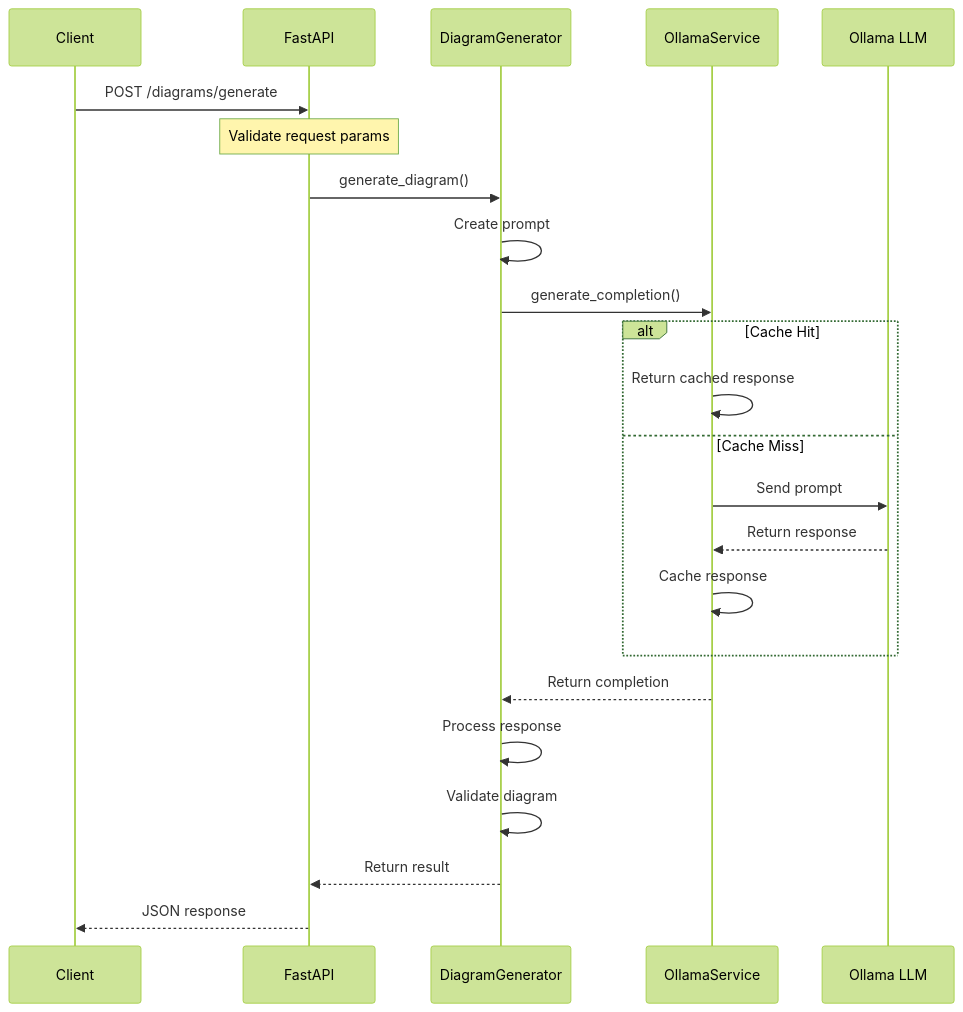
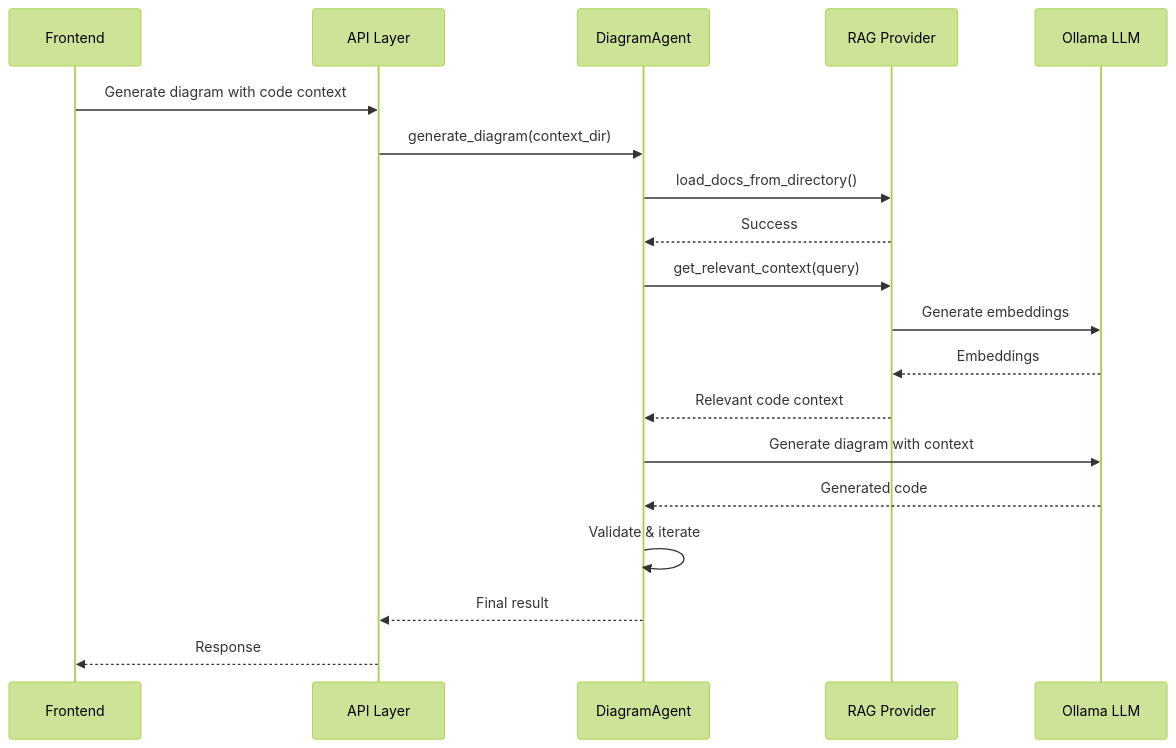
One commit to minimalefforttech/diagram_generator changed the third of 4 diagrams in docs/api/architecture.md. Above: the diagram before and after it, drawn with Mermaid (forest theme). The commit also changed other lines of this file and 14 other files, not shown here.

````diff
--- a/docs/api/architecture.md
+++ b/docs/api/architecture.md
@@ -75,29 +113,22 @@
 ```mermaid
 sequenceDiagram
-    participant Client
-    participant API as FastAPI
-    participant DG as DiagramGenerator
-    participant OS as OllamaService
+    participant UI as Frontend
+    participant API as API Layer
+    participant Agent as DiagramAgent
+    participant RAG as RAG Provider
     participant LLM as Ollama LLM
 
-    Client->>API: POST /diagrams/generate
-    Note over API: Validate request params
-    API->>DG: generate_diagram()
-    
-    DG->>DG: Create prompt
-    DG->>OS: generate_completion()
-    
-    alt Cache Hit
-        OS->>OS: Return cached response
-    else Cache Miss
-        OS->>LLM: Send prompt
-        LLM-->>OS: Return response
-        OS->>OS: Cache response
-    end
-    
-    OS-->>DG: Return completion
-    DG->>DG: Process response
-    DG->>DG: Validate diagram
-    DG-->>API: Return result
-    API-->>Client: JSON response
+    UI->>API: Generate diagram with code context
+    API->>Agent: generate_diagram(context_dir)
+    Agent->>RAG: load_docs_from_directory()
+    RAG-->>Agent: Success
+    Agent->>RAG: get_relevant_context(query)
+    RAG->>LLM: Generate embeddings
+    LLM-->>RAG: Embeddings
+    RAG-->>Agent: Relevant code context
+    Agent->>LLM: Generate diagram with context
+    LLM-->>Agent: Generated code
+    Agent->>Agent: Validate & iterate
+    Agent-->>API: Final result
+    API-->>UI: Response
 ```
````
